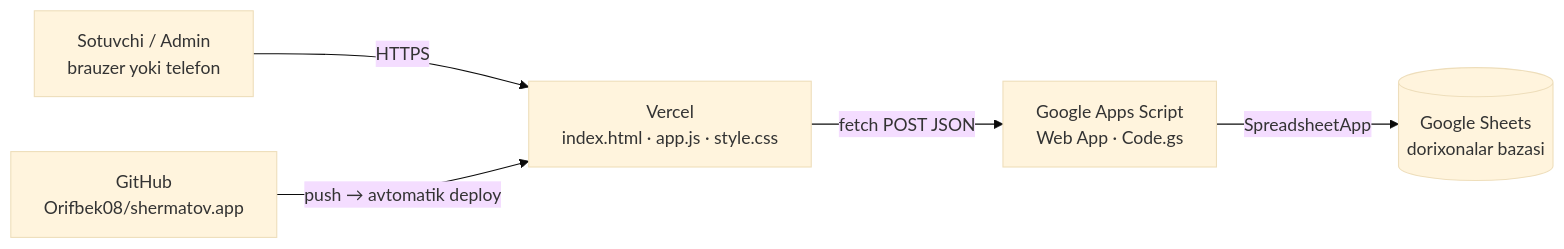
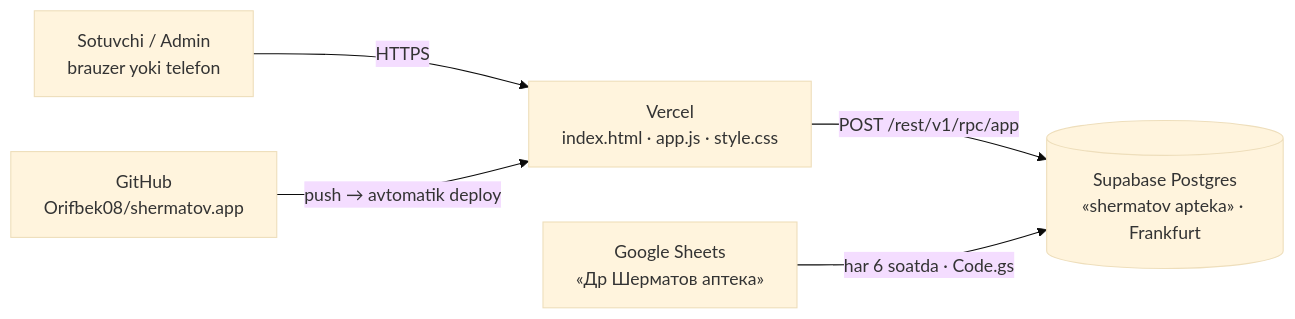
One commit to Orifbek08/shermatov.app changed the diagram in PLATFORMA.md. Above: the diagram before and after it, drawn with Mermaid (base theme). The commit also changed other lines of this file and 8 other files, not shown here.

First line of the commit message:
Supabase'ga ko'chish: baza Postgres'da, Sheets — har 6 soatda nusxa

````diff
--- a/PLATFORMA.md
+++ b/PLATFORMA.md
@@ -16,7 +15,7 @@
 ```mermaid
 flowchart LR
     A[Sotuvchi / Admin<br/>brauzer yoki telefon] -->|HTTPS| B[Vercel<br/>index.html · app.js · style.css]
-    B -->|fetch POST JSON| C[Google Apps Script<br/>Web App · Code.gs]
-    C -->|SpreadsheetApp| D[(Google Sheets<br/>dorixonalar bazasi)]
+    B -->|POST /rest/v1/rpc/app| C[(Supabase Postgres<br/>«shermatov apteka» · Frankfurt)]
+    D[Google Sheets<br/>«Др Шерматов аптека»] -->|har 6 soatda · Code.gs| C
     E[GitHub<br/>Orifbek08/shermatov.app] -->|push → avtomatik deploy| B
 ```
````
